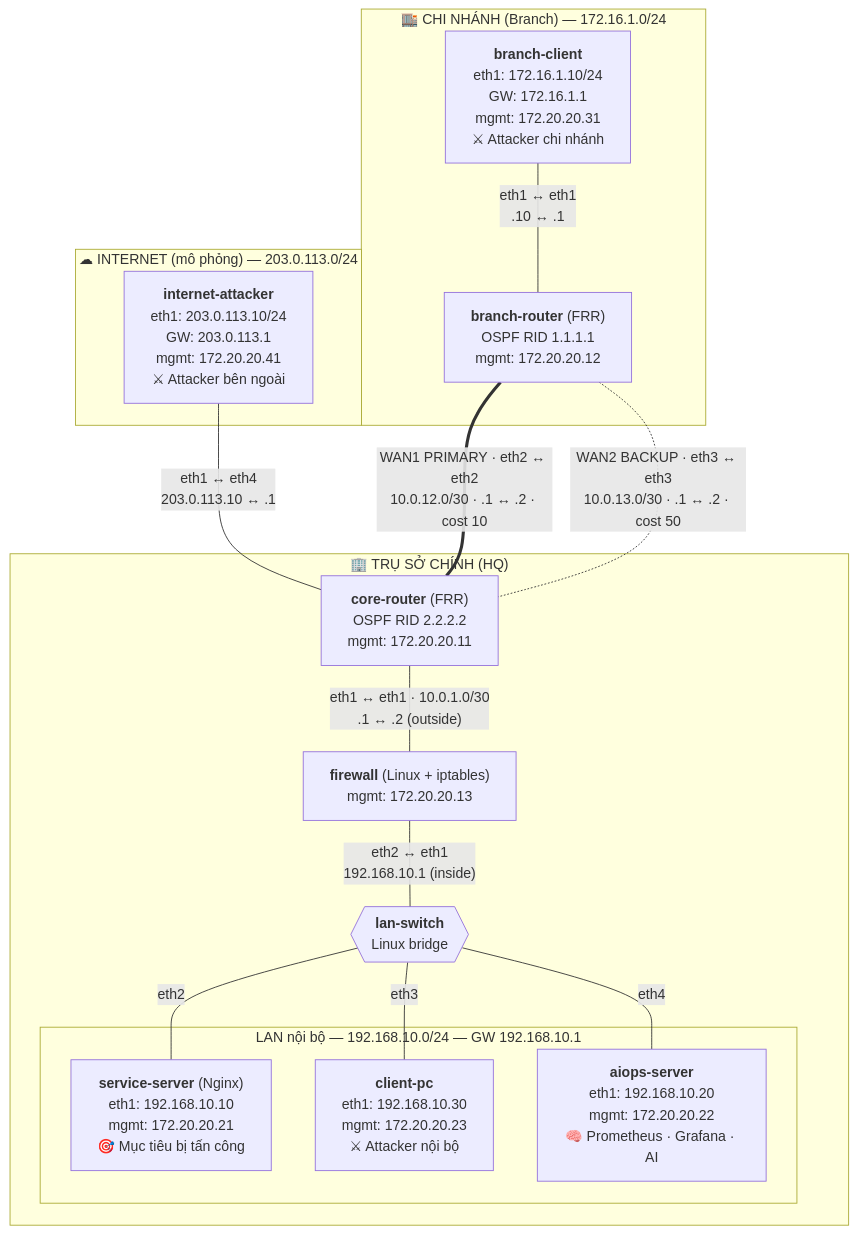
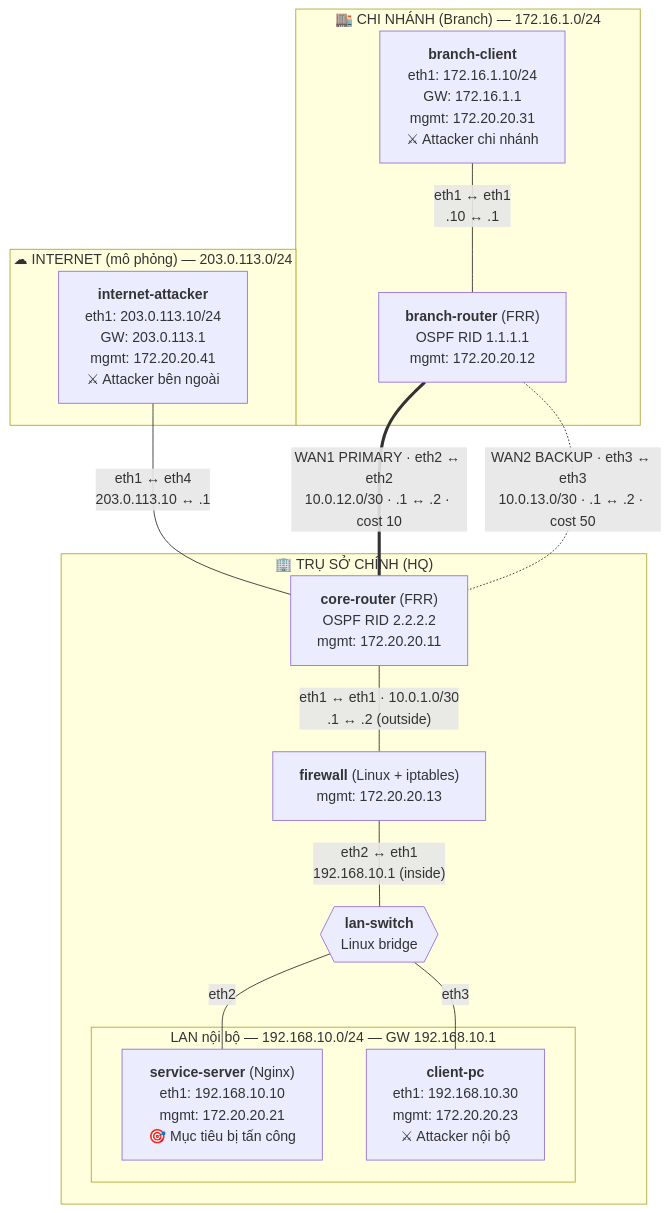
The first of 2 diagrams in docs/network-design.md (DucLoc29/AIOpsProject), drawn with Mermaid before and after one commit. The commit also changed other lines of this file and 10 other files, not shown here.

Commit message:
Phase 2: Add Prometheus, Alertmanager, and Grafana monitoring pipeline

````diff
--- a/docs/network-design.md
+++ b/docs/network-design.md
@@ -11,32 +11,30 @@
 ```mermaid
 flowchart TB
     subgraph INET["☁ INTERNET (mô phỏng) — 203.0.113.0/24"]
         ATK["<b>internet-attacker</b><br/>eth1: 203.0.113.10/24<br/>GW: 203.0.113.1<br/>mgmt: 172.20.20.41<br/>⚔ Attacker bên ngoài"]
     end
 
     subgraph HQ["🏢 TRỤ SỞ CHÍNH (HQ)"]
         CR["<b>core-router</b> (FRR)<br/>OSPF RID 2.2.2.2<br/>mgmt: 172.20.20.11"]
         FW["<b>firewall</b> (Linux + iptables)<br/>mgmt: 172.20.20.13"]
         SW{{"<b>lan-switch</b><br/>Linux bridge"}}
         subgraph LAN["LAN nội bộ — 192.168.10.0/24 — GW 192.168.10.1"]
             SS["<b>service-server</b> (Nginx)<br/>eth1: 192.168.10.10<br/>mgmt: 172.20.20.21<br/>🎯 Mục tiêu bị tấn công"]
             PC["<b>client-pc</b><br/>eth1: 192.168.10.30<br/>mgmt: 172.20.20.23<br/>⚔ Attacker nội bộ"]
-            AI["<b>aiops-server</b><br/>eth1: 192.168.10.20<br/>mgmt: 172.20.20.22<br/>🧠 Prometheus · Grafana · AI"]
         end
     end
 
     subgraph BR_SITE["🏬 CHI NHÁNH (Branch) — 172.16.1.0/24"]
         BR["<b>branch-router</b> (FRR)<br/>OSPF RID 1.1.1.1<br/>mgmt: 172.20.20.12"]
         BC["<b>branch-client</b><br/>eth1: 172.16.1.10/24<br/>GW: 172.16.1.1<br/>mgmt: 172.20.20.31<br/>⚔ Attacker chi nhánh"]
     end
 
     ATK -- "eth1 ↔ eth4<br/>203.0.113.10 ↔ .1" --- CR
     CR -- "eth1 ↔ eth1 · 10.0.1.0/30<br/>.1 ↔ .2 (outside)" --- FW
     FW -- "eth2 ↔ eth1<br/>192.168.10.1 (inside)" --- SW
     SW -- "eth2" --- SS
     SW -- "eth3" --- PC
-    SW -- "eth4" --- AI
     BR == "WAN1 PRIMARY · eth2 ↔ eth2<br/>10.0.12.0/30 · .1 ↔ .2 · cost 10" === CR
     BR -. "WAN2 BACKUP · eth3 ↔ eth3<br/>10.0.13.0/30 · .1 ↔ .2 · cost 50" .- CR
     BC -- "eth1 ↔ eth1<br/>.10 ↔ .1" --- BR
 ```
````
